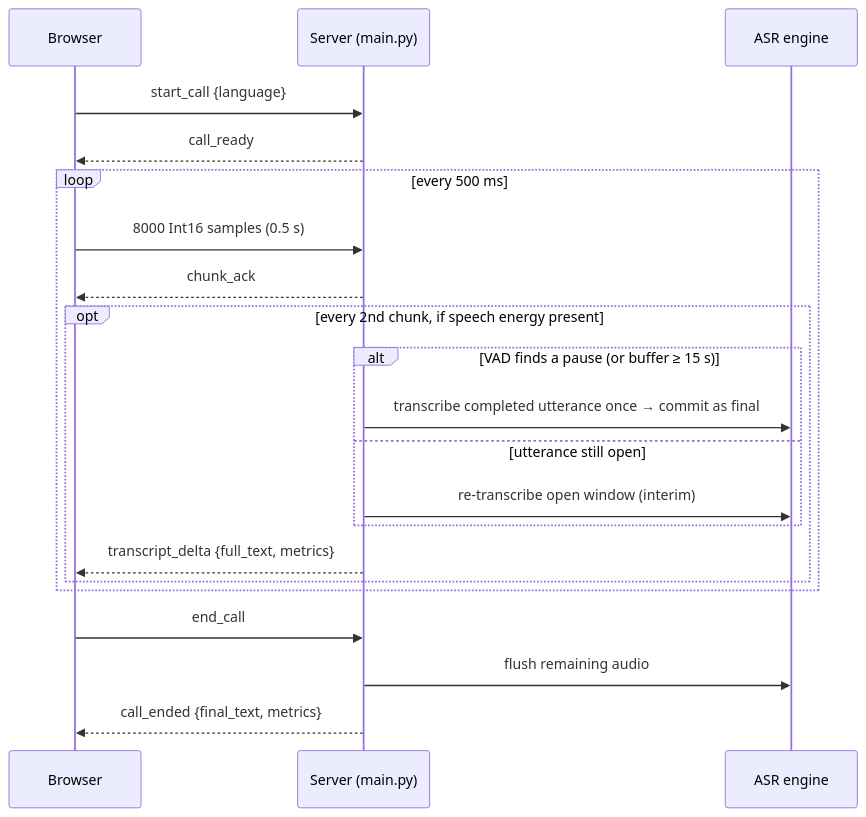
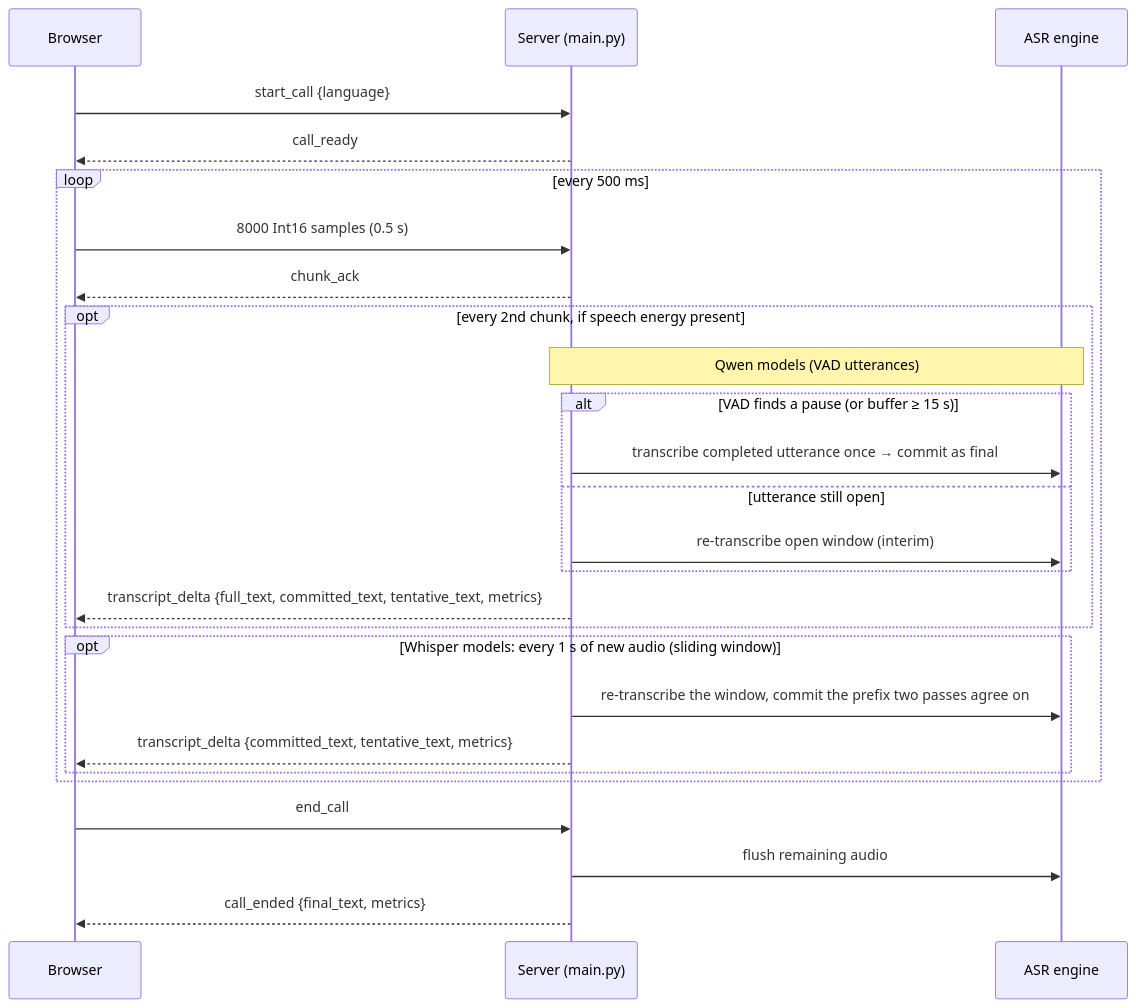
One commit to naseemap47/RT-MASR-CPU changed the second of 2 diagrams in README.md. Above: the diagram before and after it, drawn with Mermaid. The commit also changed other lines of this file and 4 other files, not shown here.

````diff
--- a/README.md
+++ b/README.md
@@ -59,24 +64,29 @@
 ```mermaid
 sequenceDiagram
     participant B as Browser
     participant S as Server (main.py)
     participant E as ASR engine
 
     B->>S: start_call {language}
     S-->>B: call_ready
     loop every 500 ms
         B->>S: 8000 Int16 samples (0.5 s)
         S-->>B: chunk_ack
         opt every 2nd chunk, if speech energy present
+            Note over S,E: Qwen models (VAD utterances)
             alt VAD finds a pause (or buffer ≥ 15 s)
                 S->>E: transcribe completed utterance once → commit as final
             else utterance still open
                 S->>E: re-transcribe open window (interim)
             end
-            S-->>B: transcript_delta {full_text, metrics}
+            S-->>B: transcript_delta {full_text, committed_text, tentative_text, metrics}
+        end
+        opt Whisper models: every 1 s of new audio (sliding window)
+            S->>E: re-transcribe the window, commit the prefix two passes agree on
+            S-->>B: transcript_delta {committed_text, tentative_text, metrics}
         end
     end
     B->>S: end_call
     S->>E: flush remaining audio
     S-->>B: call_ended {final_text, metrics}
 ```
````
